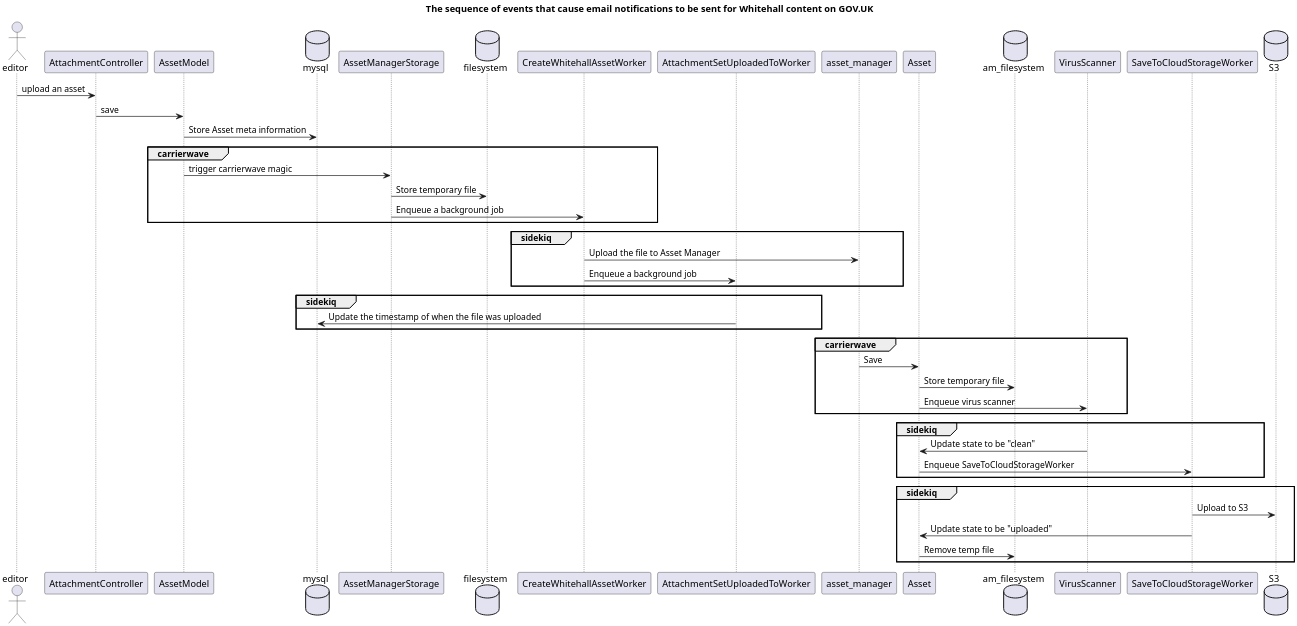
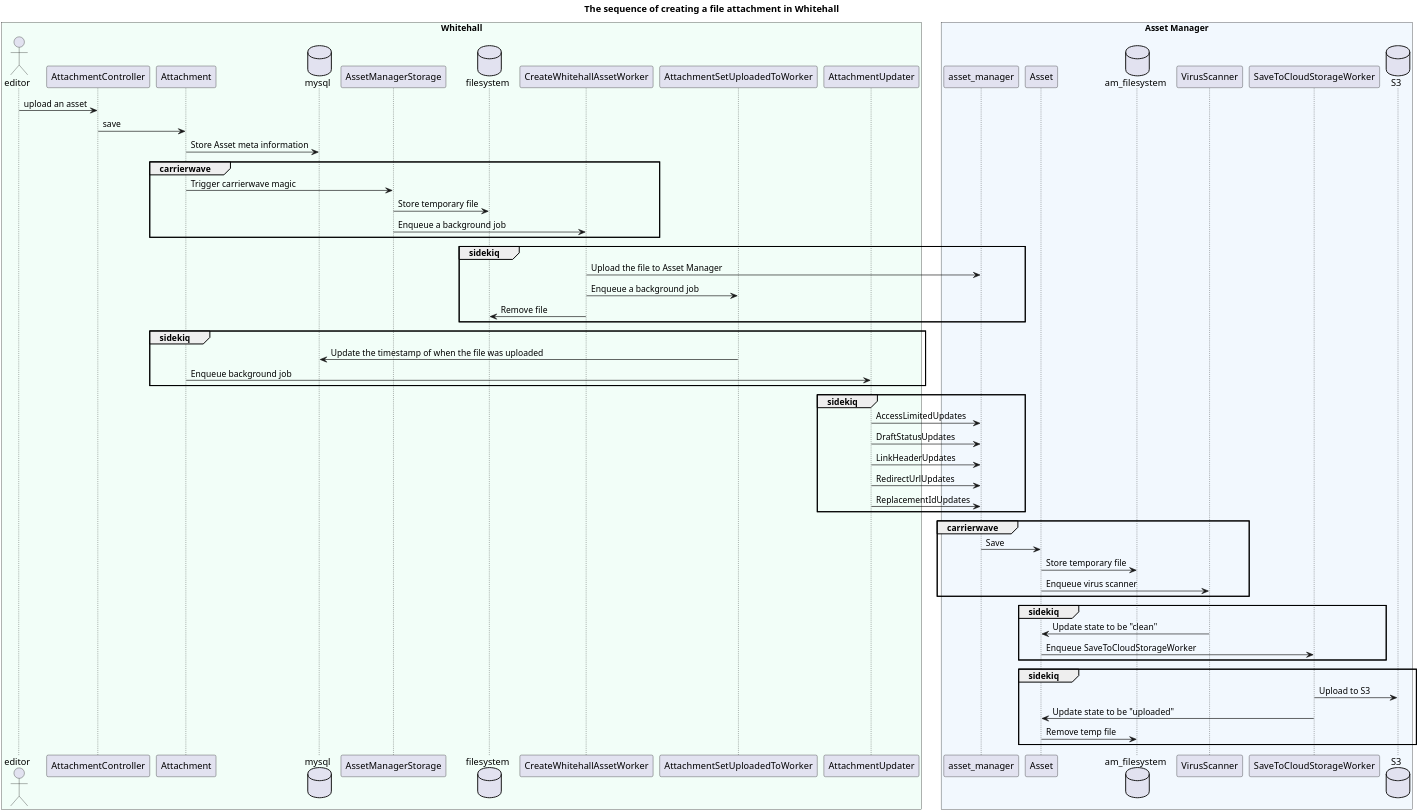
One commit to alphagov/whitehall changed the diagram in docs/diagrams/upload-asset.puml. Above: the diagram before and after it, drawn with PlantUML.

Commit message:
Update sequence diagram

```diff
--- a/docs/diagrams/upload-asset.puml
+++ b/docs/diagrams/upload-asset.puml
@@ -1,59 +1,75 @@
 @startuml
 
 skinparam dpi 300
-title The sequence of events that cause email notifications to be sent for Whitehall content on GOV.UK
+title The sequence of creating a file attachment in Whitehall
 
+box "Whitehall" #f2fef8
 actor editor
 participant AttachmentController
-participant AssetModel
+participant Attachment
 database mysql
 participant AssetManagerStorage
 database filesystem
 participant CreateWhitehallAssetWorker
 participant AttachmentSetUploadedToWorker
+participant AttachmentUpdater
+end box
+
+box "Asset Manager" #f2f8fe
 participant asset_manager
 participant Asset
 database am_filesystem
 participant VirusScanner
 participant SaveToCloudStorageWorker
 database S3
+end box
+
 
 editor -> AttachmentController : upload an asset
-
-AttachmentController -> AssetModel : save
-AssetModel -> mysql : Store Asset meta information
+AttachmentController -> Attachment : save
+Attachment -> mysql : Store Asset meta information
 
 group carrierwave
-    AssetModel -> AssetManagerStorage : trigger carrierwave magic
+    Attachment -> AssetManagerStorage : Trigger carrierwave magic
     AssetManagerStorage -> filesystem : Store temporary file
     AssetManagerStorage -> CreateWhitehallAssetWorker : Enqueue a background job
 end group
 
 group sidekiq
     CreateWhitehallAssetWorker -> asset_manager : Upload the file to Asset Manager
     CreateWhitehallAssetWorker -> AttachmentSetUploadedToWorker : Enqueue a background job
+    CreateWhitehallAssetWorker -> filesystem : Remove file
 end group
 
 group sidekiq
     AttachmentSetUploadedToWorker -> mysql : Update the timestamp of when the file was uploaded
+    Attachment -> AttachmentUpdater : Enqueue background job
+end group
+
+group sidekiq
+    AttachmentUpdater -> asset_manager : AccessLimitedUpdates
+    AttachmentUpdater -> asset_manager : DraftStatusUpdates
+    AttachmentUpdater -> asset_manager : LinkHeaderUpdates
+    AttachmentUpdater -> asset_manager : RedirectUrlUpdates
+    AttachmentUpdater -> asset_manager : ReplacementIdUpdates
 end group
 
 group carrierwave
     asset_manager -> Asset : Save
     Asset -> am_filesystem : Store temporary file
     Asset -> VirusScanner : Enqueue virus scanner
 end group
 
 group sidekiq
     VirusScanner -> Asset : Update state to be "clean"
     Asset -> SaveToCloudStorageWorker : Enqueue SaveToCloudStorageWorker
 end group
 
 group sidekiq
     SaveToCloudStorageWorker -> S3 : Upload to S3
     SaveToCloudStorageWorker -> Asset : Update state to be "uploaded"
     Asset -> am_filesystem : Remove temp file
 end group
 
 
 @enduml
```
